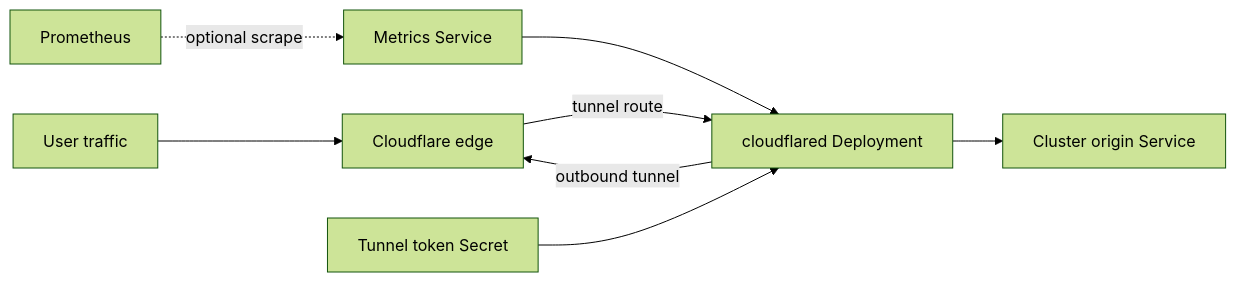
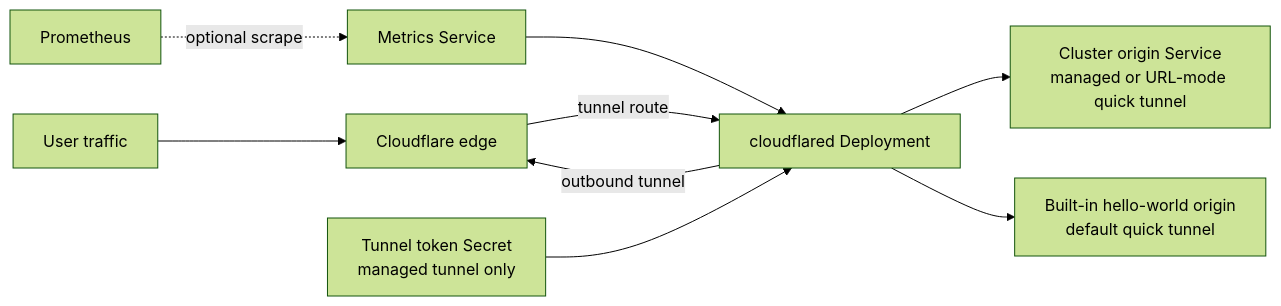
One commit to helmforgedev/charts changed the diagram in charts/cloudflared/DESIGN.md. Above: the diagram before and after it, drawn with Mermaid (forest theme). The commit also changed 2 other files, not shown here.

Commit message:
fix(cloudflared): preserve tunnel mode contracts

````diff
--- a/charts/cloudflared/DESIGN.md
+++ b/charts/cloudflared/DESIGN.md
@@ -15,10 +15,11 @@
 ```mermaid
 flowchart LR
   User[User traffic] --> Edge[Cloudflare edge]
   Pod[cloudflared Deployment] -->|outbound tunnel| Edge
   Edge -->|tunnel route| Pod
-  Pod --> Origin[Cluster origin Service]
+  Pod --> Origin[Cluster origin Service<br/>managed or URL-mode quick tunnel]
+  Pod --> HelloWorld[Built-in hello-world origin<br/>default quick tunnel]
   Prometheus[Prometheus] -. optional scrape .-> Metrics[Metrics Service]
   Metrics --> Pod
-  Secret[Tunnel token Secret] --> Pod
+  Secret[Tunnel token Secret<br/>managed tunnel only] --> Pod
 ```
````
